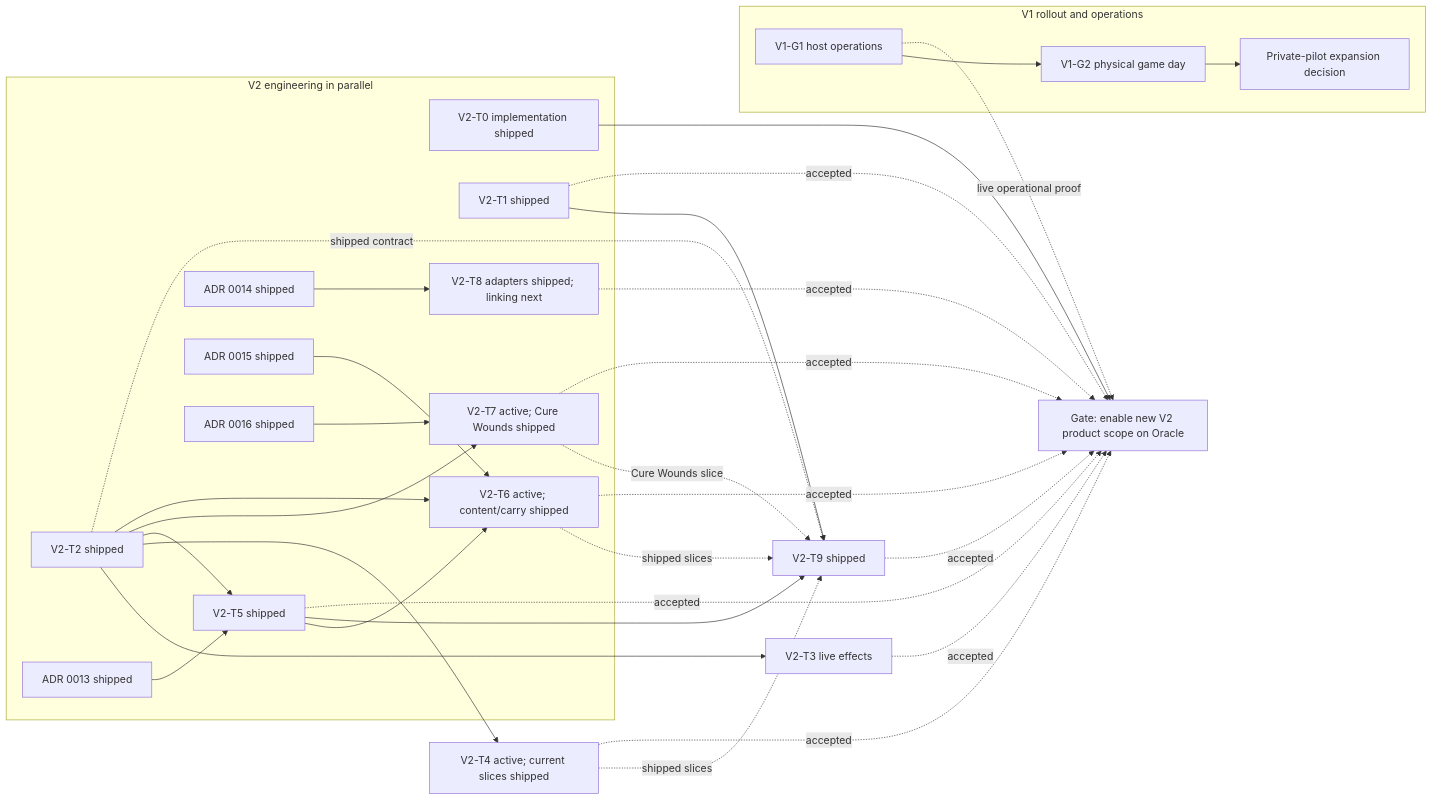
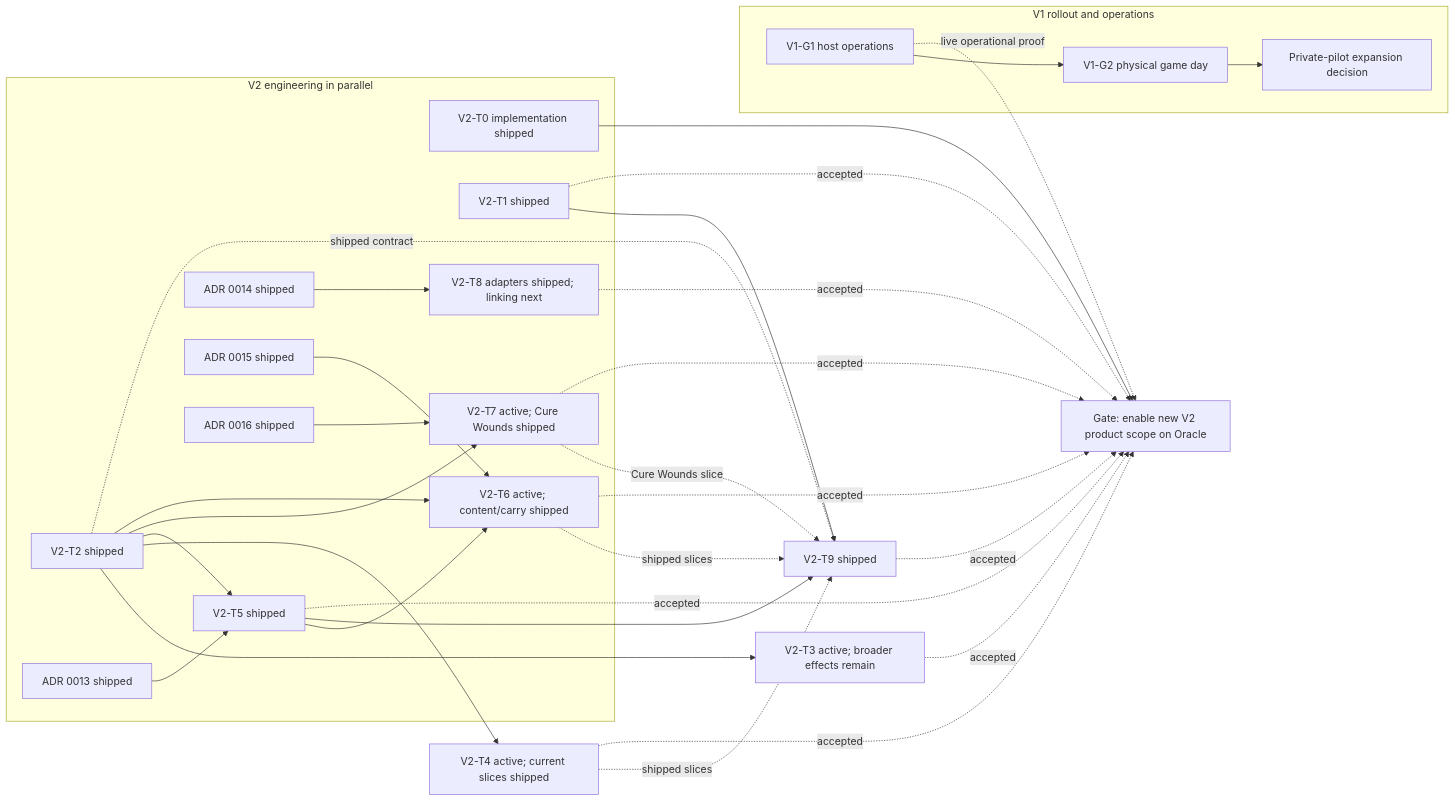
One commit to TrueMichato/ThelemarTools changed the diagram in docs/hub/roadmap.md. Above: the diagram before and after it, drawn with Mermaid. The commit also changed other lines of this file, not shown here.

Commit message:
docs(hub): normalize active train status

````diff
--- a/docs/hub/roadmap.md
+++ b/docs/hub/roadmap.md
@@ -496,38 +496,38 @@
 ```mermaid
 flowchart LR
   subgraph Rollout[V1 rollout and operations]
     G1[V1-G1 host operations] --> G2[V1-G2 physical game day]
     G2 --> GO[Private-pilot expansion decision]
   end
   subgraph Engineering[V2 engineering in parallel]
     T0[V2-T0 implementation shipped]
     T1[V2-T1 shipped]
     T2[V2-T2 shipped]
     P13[ADR 0013 shipped] --> T5[V2-T5 shipped]
     P14[ADR 0014 shipped] --> T8[V2-T8 adapters shipped; linking next]
     P15[ADR 0015 shipped] --> T6[V2-T6 active; content/carry shipped]
     P16[ADR 0016 shipped] --> T7[V2-T7 active; Cure Wounds shipped]
   end
-  T2 --> T3[V2-T3 live effects]
+  T2 --> T3[V2-T3 active; broader effects remain]
   T2 --> T4[V2-T4 active; current slices shipped]
   T2 --> T5
   T2 --> T7
   T5 --> T6
   T2 --> T6
   T1 --> T9[V2-T9 shipped]
   T2 -. shipped contract .-> T9
   T4 -. shipped slices .-> T9
   T5 --> T9
   T6 -. shipped slices .-> T9
   T7 -. Cure Wounds slice .-> T9
   T0 --> ENABLE[Gate: enable new V2 product scope on Oracle]
   T1 -. accepted .-> ENABLE
   T3 -. accepted .-> ENABLE
   T4 -. accepted .-> ENABLE
   T5 -. accepted .-> ENABLE
   T6 -. accepted .-> ENABLE
   T7 -. accepted .-> ENABLE
   T8 -. accepted .-> ENABLE
   T9 -. accepted .-> ENABLE
   G1 -. live operational proof .-> ENABLE
 ```
````
